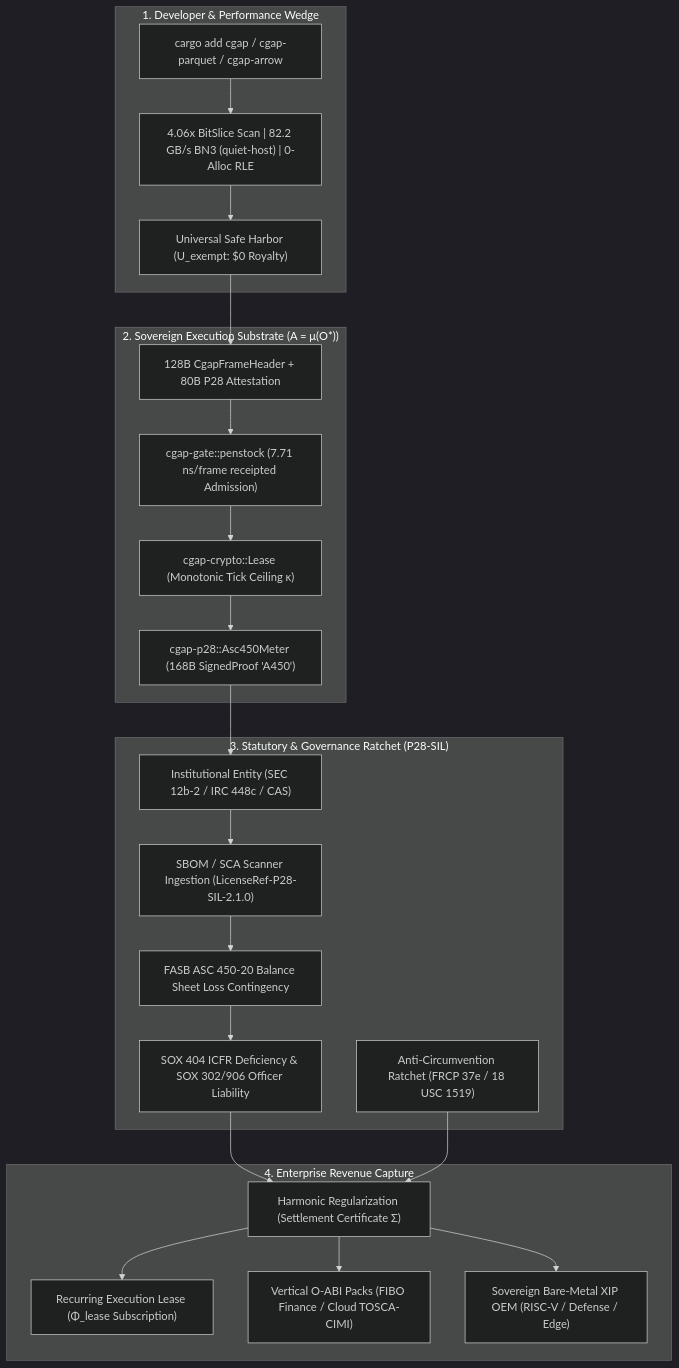
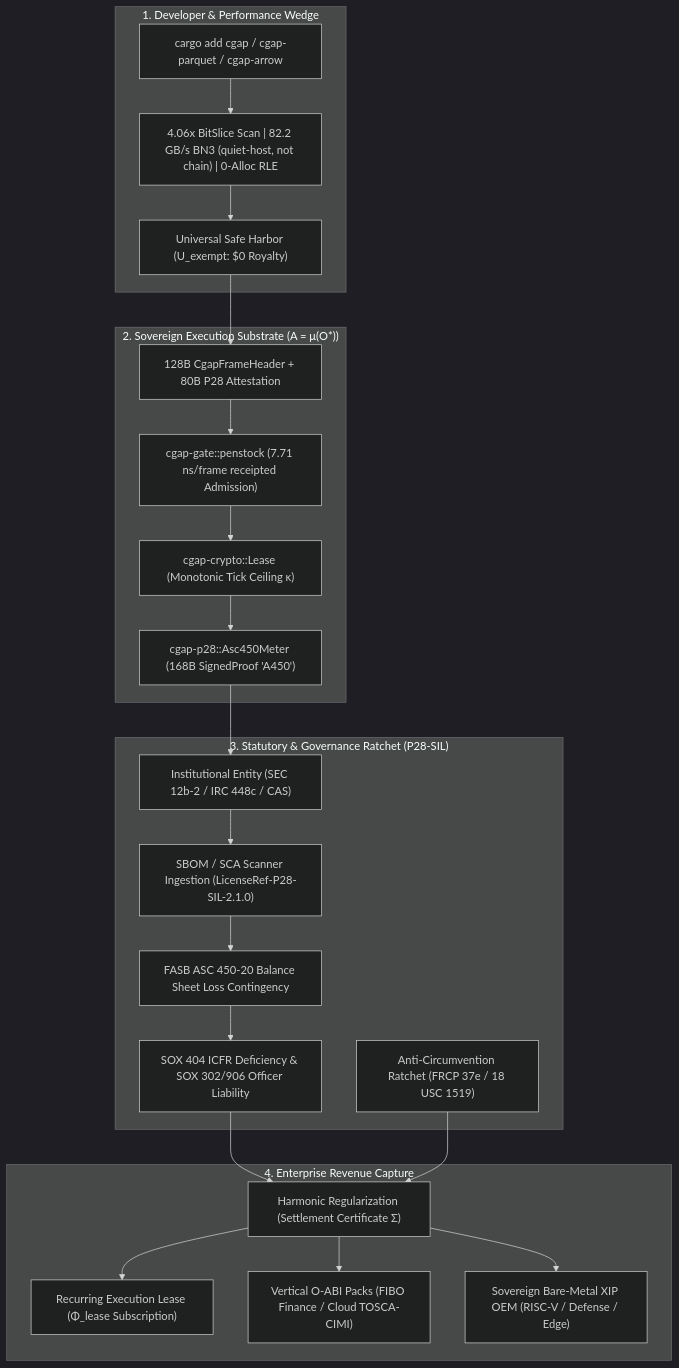
Before and after one commit to seanchatmangpt/cgap: the diagram in docs/REVENUE_GENERATION_COMPENDIUM.md, drawn with Mermaid (dark theme). The commit also changed other lines of this file and 5 other files, not shown here.

````diff
--- a/docs/REVENUE_GENERATION_COMPENDIUM.md
+++ b/docs/REVENUE_GENERATION_COMPENDIUM.md
@@ -49,39 +49,39 @@
 ```mermaid
 flowchart TD
     subgraph Wedge ["1. Developer & Performance Wedge"]
         Dev["cargo add cgap / cgap-parquet / cgap-arrow"]
-        Perf["4.06x BitSlice Scan | 82.2 GB/s BN3 (quiet-host) | 0-Alloc RLE"]
+        Perf["4.06x BitSlice Scan | 82.2 GB/s BN3 (quiet-host, not chain) | 0-Alloc RLE"]
         SafeHarbor["Universal Safe Harbor (U_exempt: $0 Royalty)"]
     end
 
     subgraph Substrate ["2. Sovereign Execution Substrate (A = μ(O*))"]
         Frame["128B CgapFrameHeader + 80B P28 Attestation"]
         Penstock["cgap-gate::penstock (7.71 ns/frame receipted Admission)"]
         Lease["cgap-crypto::Lease (Monotonic Tick Ceiling κ)"]
         Meter["cgap-p28::Asc450Meter (168B SignedProof 'A450')"]
     end
 
     subgraph Ratchet ["3. Statutory & Governance Ratchet (P28-SIL)"]
         Entity["Institutional Entity (SEC 12b-2 / IRC 448c / CAS)"]
         SBOM["SBOM / SCA Scanner Ingestion (LicenseRef-P28-SIL-2.1.0)"]
         ASC450["FASB ASC 450-20 Balance Sheet Loss Contingency"]
         SOX["SOX 404 ICFR Deficiency & SOX 302/906 Officer Liability"]
         Spoliation["Anti-Circumvention Ratchet (FRCP 37e / 18 USC 1519)"]
     end
 
     subgraph Revenue ["4. Enterprise Revenue Capture"]
         Harmonic["Harmonic Regularization (Settlement Certificate Σ)"]
         EnterpriseLease["Recurring Execution Lease (Φ_lease Subscription)"]
         DomainPacks["Vertical O-ABI Packs (FIBO Finance / Cloud TOSCA-CIMI)"]
         OEM["Sovereign Bare-Metal XIP OEM (RISC-V / Defense / Edge)"]
     end
 
     Dev --> Perf --> SafeHarbor
     SafeHarbor --> Frame --> Penstock --> Lease --> Meter
     Meter --> Entity --> SBOM --> ASC450 --> SOX
     SOX --> Harmonic
     Spoliation --> Harmonic
     Harmonic --> EnterpriseLease
     Harmonic --> DomainPacks
     Harmonic --> OEM
 ```
````
